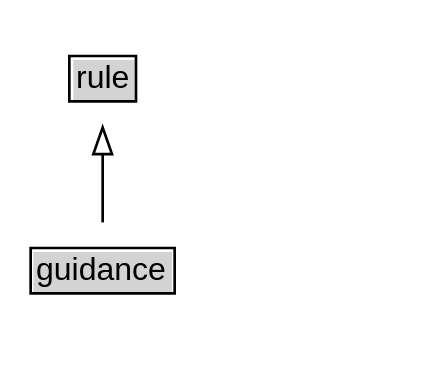
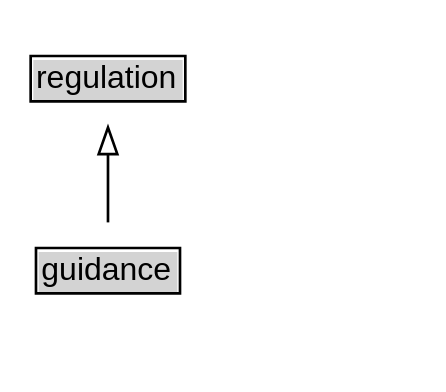
Before and after one commit to k-vaughn/iso24315-vocab: the diagram in preview/diagrams/guidance.dot, drawn with Graphviz. The commit also changed 195 other files, not shown here.

```diff
--- a/preview/diagrams/guidance.dot
+++ b/preview/diagrams/guidance.dot
@@ -1,16 +1,16 @@
 // Diagram for guidance
 digraph {
 	graph [overlap=false rankdir=TB splines=true]
 	node [fontname=Arial fontsize=12 margin=0 shape=none]
 	edge [fontname=Arial fontsize=11]
 	{
 		rank=max
 		guidance [label=<<TABLE BORDER="1" CELLBORDER="0" CELLSPACING="0" CELLPADDING="1"><TR><TD BGCOLOR="lightgray" ALIGN="CENTER" PORT="e">guidance</TD></TR></TABLE>> URL="../terms/guidance/" margin=0]
 	}
-	rule [label=<<TABLE BORDER="1" CELLBORDER="0" CELLSPACING="0" CELLPADDING="1"><TR><TD BGCOLOR="lightgray" ALIGN="CENTER">rule</TD></TR></TABLE>> URL="../terms/rule/" margin=0 target=_top]
+	regulation [label=<<TABLE BORDER="1" CELLBORDER="0" CELLSPACING="0" CELLPADDING="1"><TR><TD BGCOLOR="lightgray" ALIGN="CENTER">regulation</TD></TR></TABLE>> URL="../terms/regulation/" margin=0 target=_top]
 	subgraph cluster_associated {
 		label="" style=invis
 		Invis [label=<<TABLE BORDER="0" CELLBORDER="0" CELLSPACING="0" CELLPADDING="1"><TR><TD></TD></TR></TABLE>> margin=0 style=invis]
 	}
-	guidance -> rule [arrowhead=onormal style=solid]
+	guidance -> regulation [arrowhead=onormal style=solid]
 }
```
